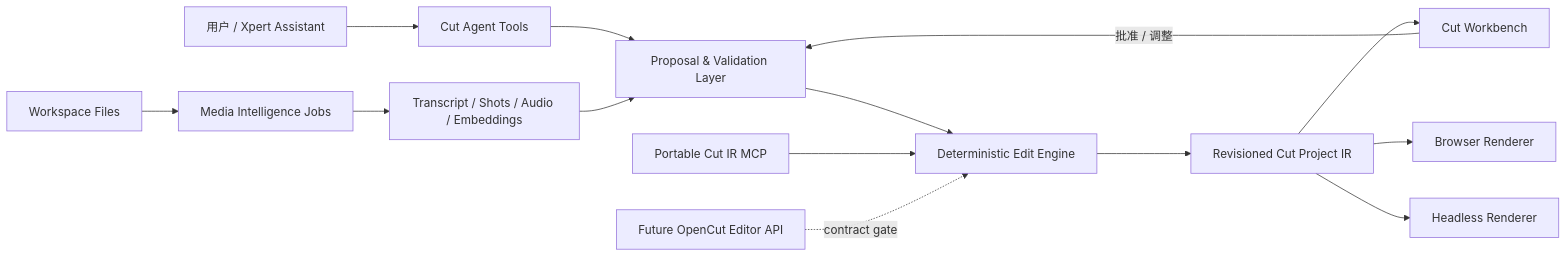
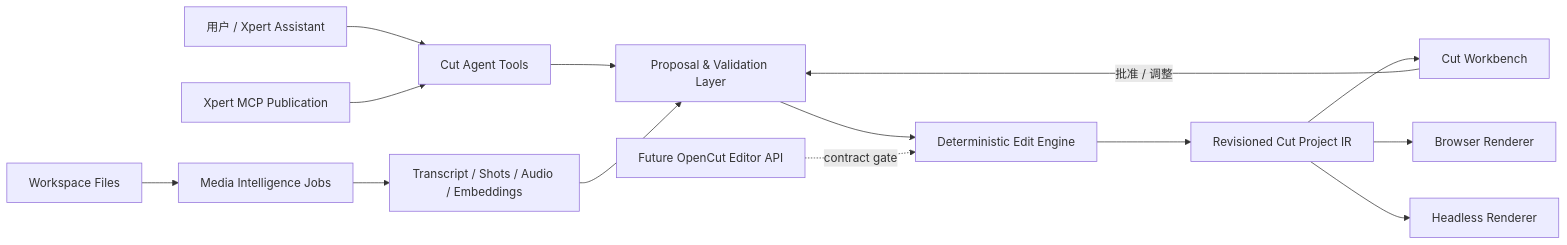
One commit to xpert-ai/xpert-plugins changed the diagram in xpertai/apps/cut/docs/AI-PRODUCT-ROADMAP.zh-CN.md. Above: the diagram before and after it, drawn with Mermaid. The commit also changed other lines of this file and 33 other files, not shown here.

Commit message:
feat(cut): expose native MCP capabilities

````diff
--- a/xpertai/apps/cut/docs/AI-PRODUCT-ROADMAP.zh-CN.md
+++ b/xpertai/apps/cut/docs/AI-PRODUCT-ROADMAP.zh-CN.md
@@ -115,16 +115,16 @@
 ```mermaid
 flowchart LR
     U["用户 / Xpert Assistant"] --> A["Cut Agent Tools"]
     A --> P["Proposal & Validation Layer"]
     P --> E["Deterministic Edit Engine"]
     E --> R["Revisioned Cut Project IR"]
     R --> W["Cut Workbench"]
     W -->|批准 / 调整| P
     M["Workspace Files"] --> I["Media Intelligence Jobs"]
     I --> T["Transcript / Shots / Audio / Embeddings"]
     T --> P
     R --> B["Browser Renderer"]
     R --> H["Headless Renderer"]
-    C["Portable Cut IR MCP"] --> E
+    C["Xpert MCP Publication"] --> A
     X["Future OpenCut Editor API"] -. contract gate .-> E
 ```
````
